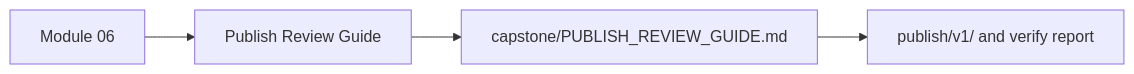
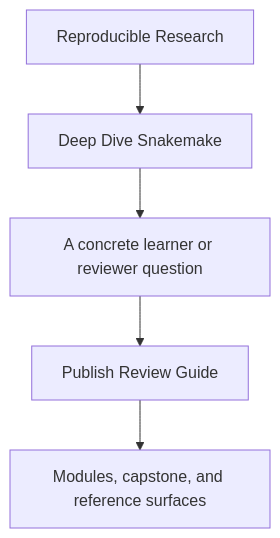
One commit to bijux/bijux-masterclass changed the first of 2 diagrams in programs/reproducible-research/deep-dive-snakemake/course-book/guides/publish-review-guide.md. Above: the diagram before and after it, drawn with Mermaid. The commit also changed other lines of this file and 29 other files, not shown here.

Commit message:
docs(deep-dive-snakemake): sharpen guide and reference diagrams

````diff
--- a/programs/reproducible-research/deep-dive-snakemake/course-book/guides/publish-review-guide.md
+++ b/programs/reproducible-research/deep-dive-snakemake/course-book/guides/publish-review-guide.md
@@ -9,6 +9,7 @@
 ```mermaid
-graph LR
-  module["Module 06"] --> guide["Publish Review Guide"]
-  guide --> local["capstone/PUBLISH_REVIEW_GUIDE.md"]
-  local --> artifacts["publish/v1/ and verify report"]
+flowchart TD
+  family["Reproducible Research"] --> program["Deep Dive Snakemake"]
+  program --> pressure["A concrete learner or reviewer question"]
+  pressure --> guide["Publish Review Guide"]
+  guide --> next["Modules, capstone, and reference surfaces"]
 ```
````
